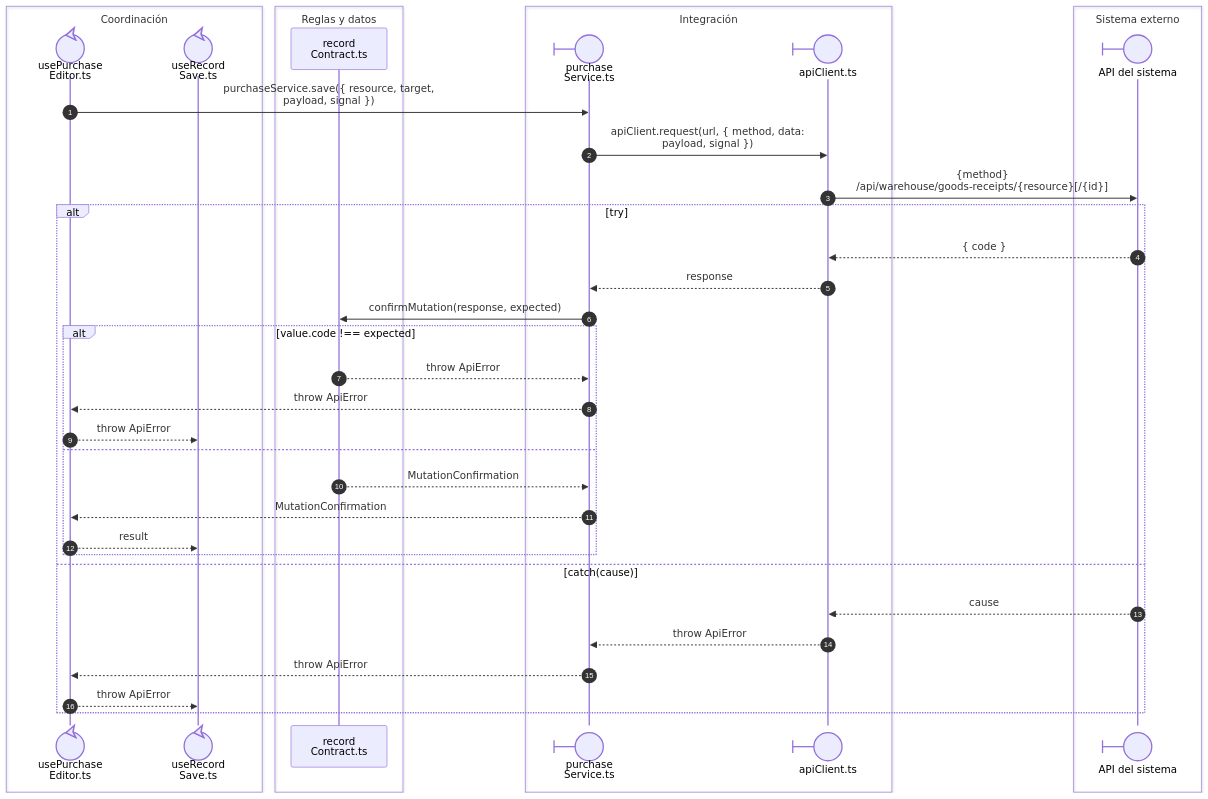
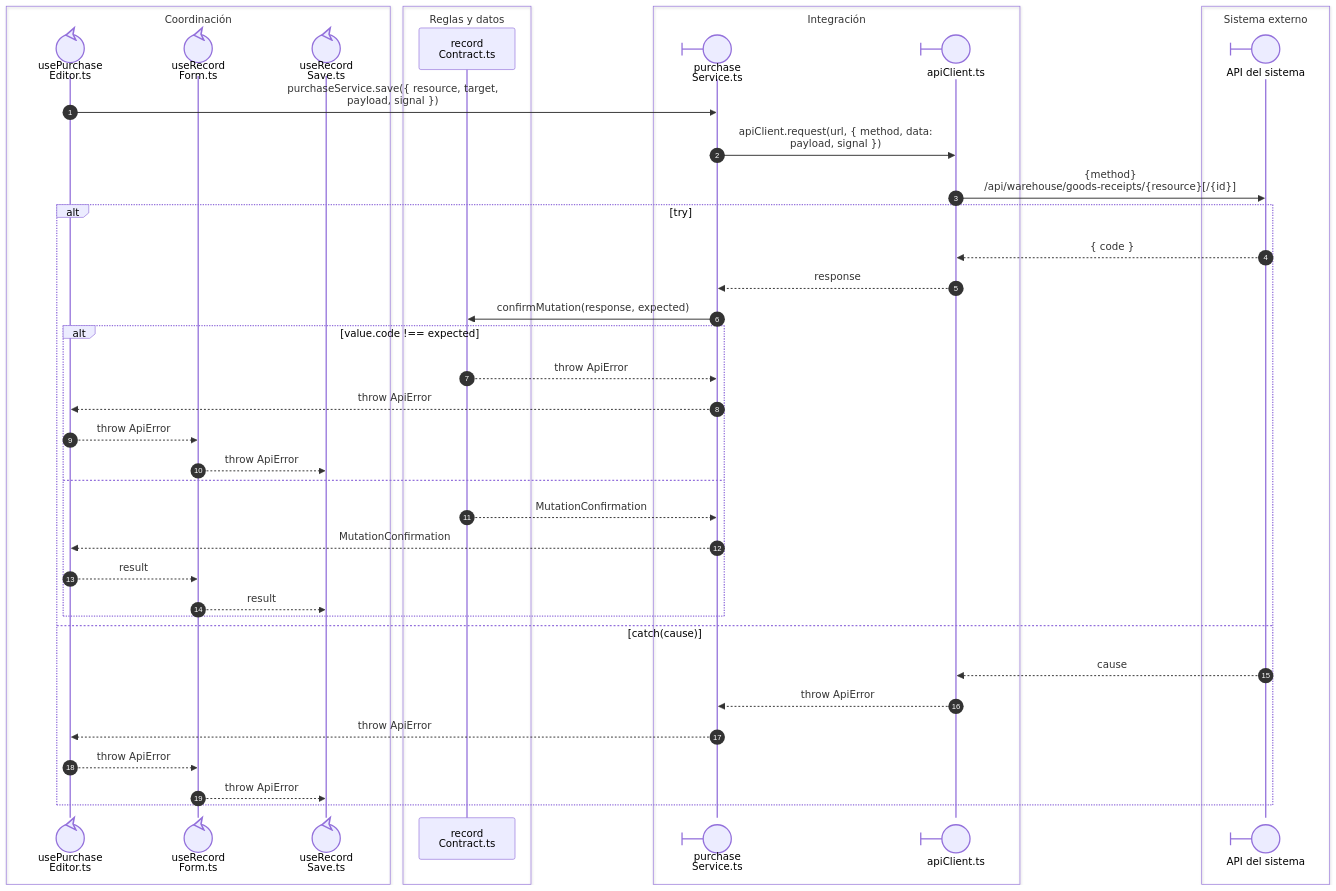
The second of 3 diagrams in front/docs/architecture/views/processes/06-purchases/02-purchase-save.md (gpgsistemas01/nexus), drawn with Mermaid before and after one commit. The commit also changed other lines of this file and 82 other files, not shown here.

````diff
--- a/front/docs/architecture/views/processes/06-purchases/02-purchase-save.md
+++ b/front/docs/architecture/views/processes/06-purchases/02-purchase-save.md
@@ -46,40 +48,44 @@
 ```mermaid
 sequenceDiagram
     autonumber
     box Coordinación
     participant Editor@{ "type": "control" } as usePurchase<br/>Editor.ts
+    participant Record@{ "type": "control" } as useRecord<br/>Form.ts
     participant Save@{ "type": "control" } as useRecord<br/>Save.ts
     end
     box Reglas y datos
     participant Contract as record<br/>Contract.ts
     end
     box Integración
     participant Service@{ "type": "boundary" } as purchase<br/>Service.ts
     participant HTTP@{ "type": "boundary" } as apiClient.ts
     end
     box Sistema externo
     participant API@{ "type": "boundary" } as API del sistema
     end
     Editor->>Service: nowrap: purchaseService.save({ resource, target,<br/>payload, signal })
     Service->>HTTP: nowrap: apiClient.request(url, { method, data:<br/>payload, signal })
     HTTP->>API: nowrap: {method}<br/>/api/warehouse/goods-receipts/{resource}[/{id}]
     alt nowrap: try
         API-->>HTTP: nowrap: { code }
         HTTP-->>Service: nowrap: response
         Service->>Contract: nowrap: confirmMutation(response, expected)
         alt nowrap: value.code !== expected
             Contract-->>Service: nowrap: throw ApiError
             Service-->>Editor: nowrap: throw ApiError
-            Editor-->>Save: nowrap: throw ApiError
+            Editor-->>Record: nowrap: throw ApiError
+            Record-->>Save: nowrap: throw ApiError
         else
             Contract-->>Service: nowrap: MutationConfirmation
             Service-->>Editor: nowrap: MutationConfirmation
-            Editor-->>Save: nowrap: result
+            Editor-->>Record: nowrap: result
+            Record-->>Save: nowrap: result
         end
     else nowrap: catch(cause)
         API-->>HTTP: nowrap: cause
         HTTP-->>Service: nowrap: throw ApiError
         Service-->>Editor: nowrap: throw ApiError
-        Editor-->>Save: nowrap: throw ApiError
+        Editor-->>Record: nowrap: throw ApiError
+        Record-->>Save: nowrap: throw ApiError
     end
 ```
````
